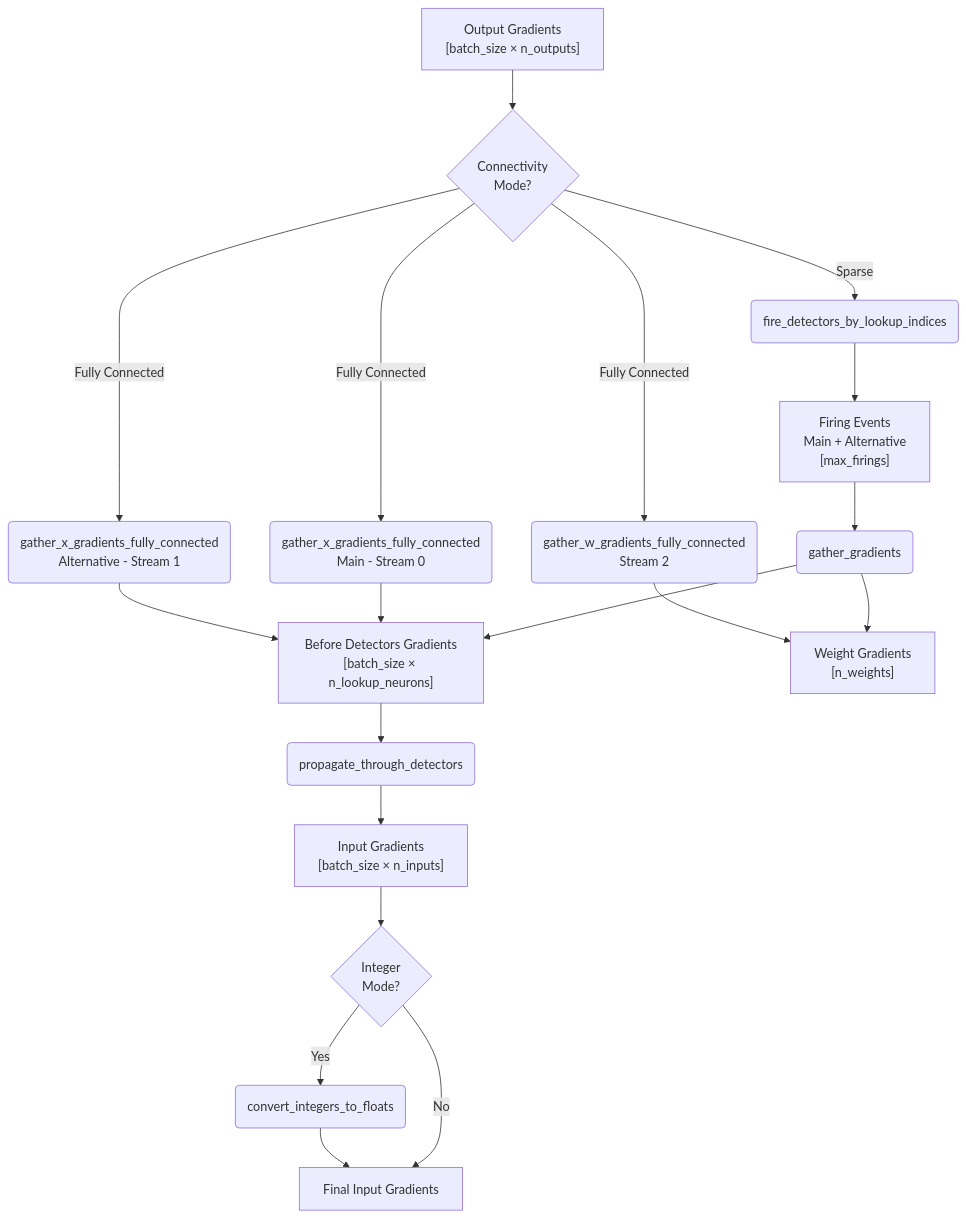
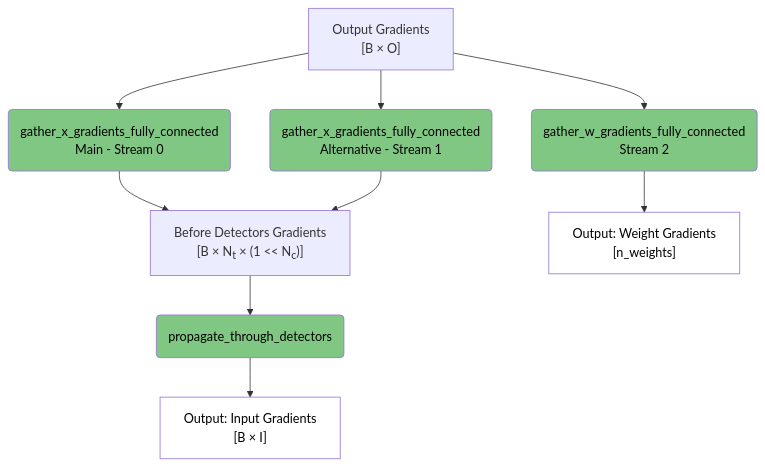
Before and after one commit to anatoli-starostin/spiky: the third of 6 diagrams in spiky_cuda/lut/doc/LUT_RUNTIME_DATA_FLOW.md, drawn with Mermaid. The commit also changed other lines of this file and 1 other file, not shown here.

````diff
--- a/spiky_cuda/lut/doc/LUT_RUNTIME_DATA_FLOW.md
+++ b/spiky_cuda/lut/doc/LUT_RUNTIME_DATA_FLOW.md
@@ -72,27 +56,20 @@
 ```mermaid
 flowchart TD
-    A["Output Gradients<br/>[batch_size × n_outputs]"] --> B{Connectivity<br/>Mode?}
+    A["Output Gradients<br/>[B × O]"] --> B("gather_x_gradients_fully_connected<br/>Main - Stream 0")
+    A --> C("gather_x_gradients_fully_connected<br/>Alternative - Stream 1")
+    A --> D("gather_w_gradients_fully_connected<br/>Stream 2")
     
-    B -->|Sparse| C(fire_detectors_by_lookup_indices)
-    C --> D["Firing Events<br/>Main + Alternative<br/>[max_firings]"]
-    D --> E(gather_gradients)
+    B --> E["Before Detectors Gradients<br/>[B × N<sub>t</sub> × (1 << N<sub>c</sub>)]"]
+    C --> E
+    D --> F["Output: Weight Gradients<br/>[n_weights]"]
     
-    B -->|Fully Connected| F("gather_x_gradients_fully_connected<br/>Main - Stream 0")
-    B -->|Fully Connected| G("gather_x_gradients_fully_connected<br/>Alternative - Stream 1")
-    B -->|Fully Connected| H("gather_w_gradients_fully_connected<br/>Stream 2")
+    E --> G(propagate_through_detectors)
+    G --> H["Output: Input Gradients<br/>[B × I]"]
     
-    E --> I["Before Detectors Gradients<br/>[batch_size × n_lookup_neurons]"]
-    E --> J["Weight Gradients<br/>[n_weights]"]
-    
-    F --> I
-    G --> I
-    H --> J
-    
-    I --> K(propagate_through_detectors)
-    K --> L["Input Gradients<br/>[batch_size × n_inputs]"]
-    
-    L --> M{Integer<br/>Mode?}
-    M -->|Yes| N(convert_integers_to_floats)
-    M -->|No| O[Final Input Gradients]
-    N --> O
+    style B fill:#81c784,color:#000000
+    style C fill:#81c784,color:#000000
+    style D fill:#81c784,color:#000000
+    style G fill:#81c784,color:#000000
+    style F fill:#ffffff,color:#000000
+    style H fill:#ffffff,color:#000000
 ```
````
